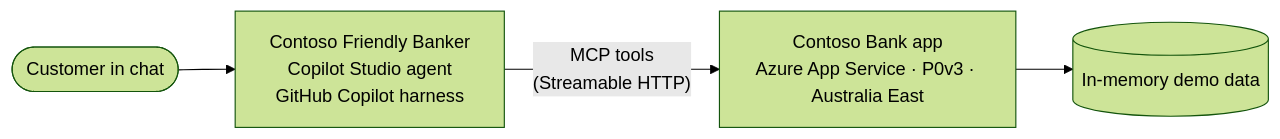
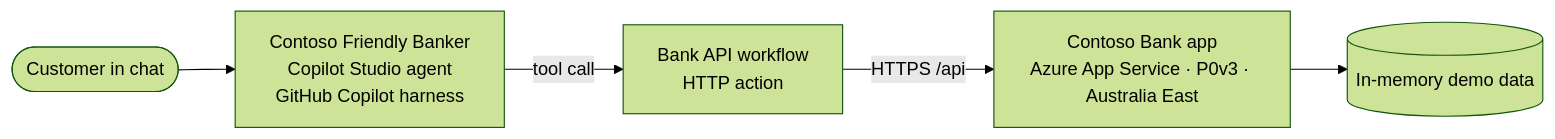
The diagram in industry/FSI/Copilot-Studio/Contoso Banking Backend/README.md (CSDSkilling/asia-learning-hub), drawn with Mermaid (forest theme) before and after one commit. The commit also changed other lines of this file and 12 other files, not shown here.

Commit message:
change from MCP to htto workflow tool

````diff
--- a/industry/FSI/Copilot-Studio/Contoso Banking Backend/README.md
+++ b/industry/FSI/Copilot-Studio/Contoso Banking Backend/README.md
@@ -10,6 +10,7 @@
 ```mermaid
 flowchart LR
   C([Customer in chat]) --> A[Contoso Friendly Banker<br/>Copilot Studio agent<br/>GitHub Copilot harness]
-  A -- "MCP tools<br/>(Streamable HTTP)" --> W[Contoso Bank app<br/>Azure App Service · P0v3 · Australia East]
+  A -- "tool call" --> F[Bank API workflow<br/>HTTP action]
+  F -- "HTTPS /api" --> W[Contoso Bank app<br/>Azure App Service · P0v3 · Australia East]
   W --> D[(In-memory demo data)]
 ```
````
